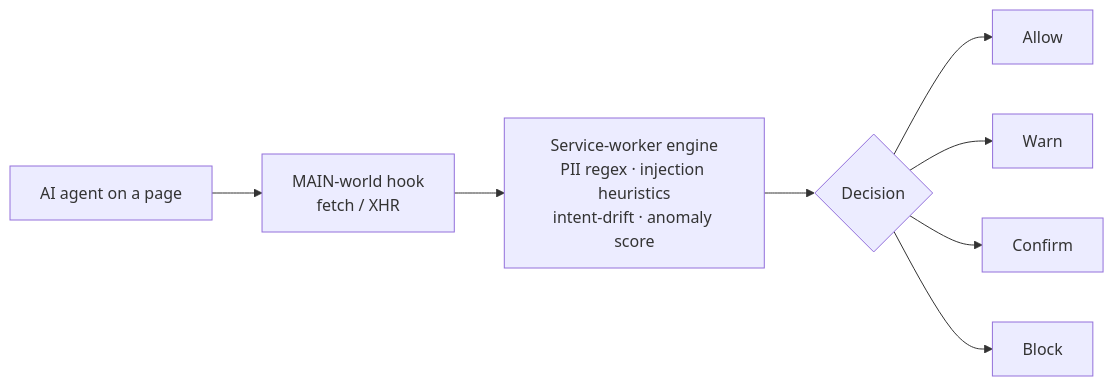
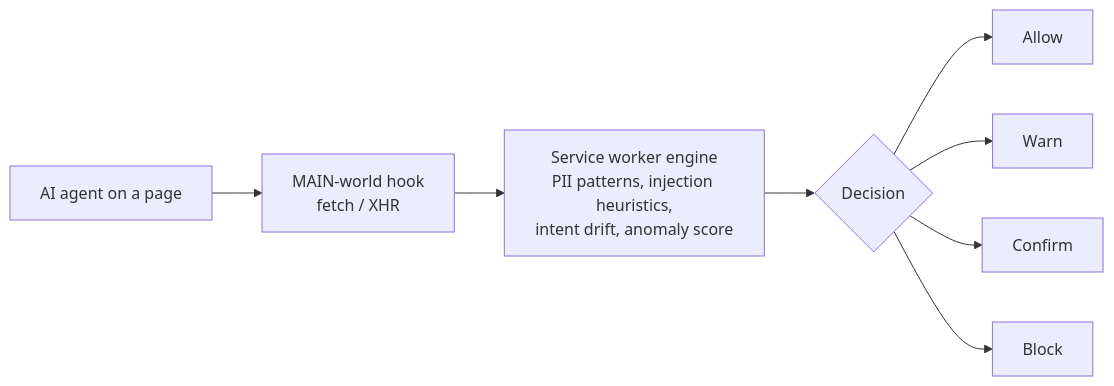
The fourth of 4 diagrams in README.md (ParthVarekar/ParthVarekar), drawn with Mermaid before and after one commit. The commit also changed other lines of this file and 31 other files, not shown here.

````diff
--- a/README.md
+++ b/README.md
@@ -71,10 +67,10 @@
 ```mermaid
 flowchart LR
     AG["AI agent on a page"] --> H["MAIN-world hook<br/>fetch / XHR"]
-    H --> SW["Service-worker engine<br/>PII regex · injection heuristics<br/>intent-drift · anomaly score"]
+    H --> SW["Service worker engine<br/>PII patterns, injection heuristics,<br/>intent drift, anomaly score"]
     SW --> D{"Decision"}
     D --> AL["Allow"]
     D --> W["Warn"]
     D --> C["Confirm"]
     D --> B["Block"]
 ```
````
